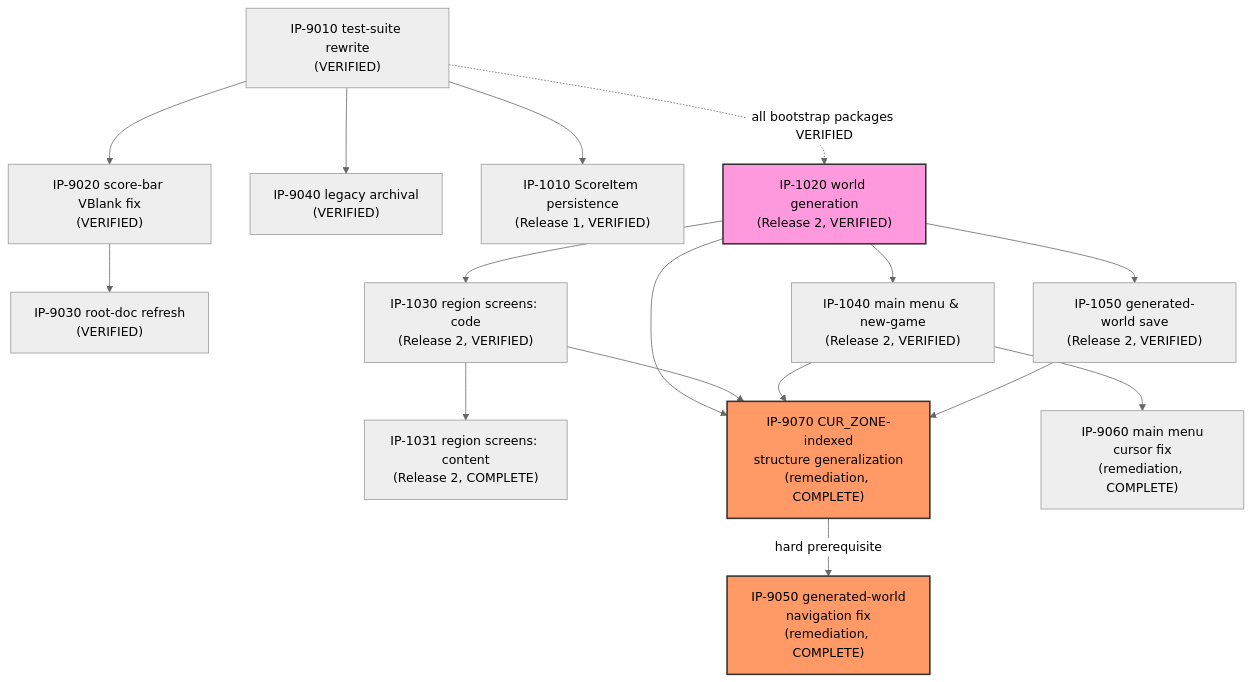
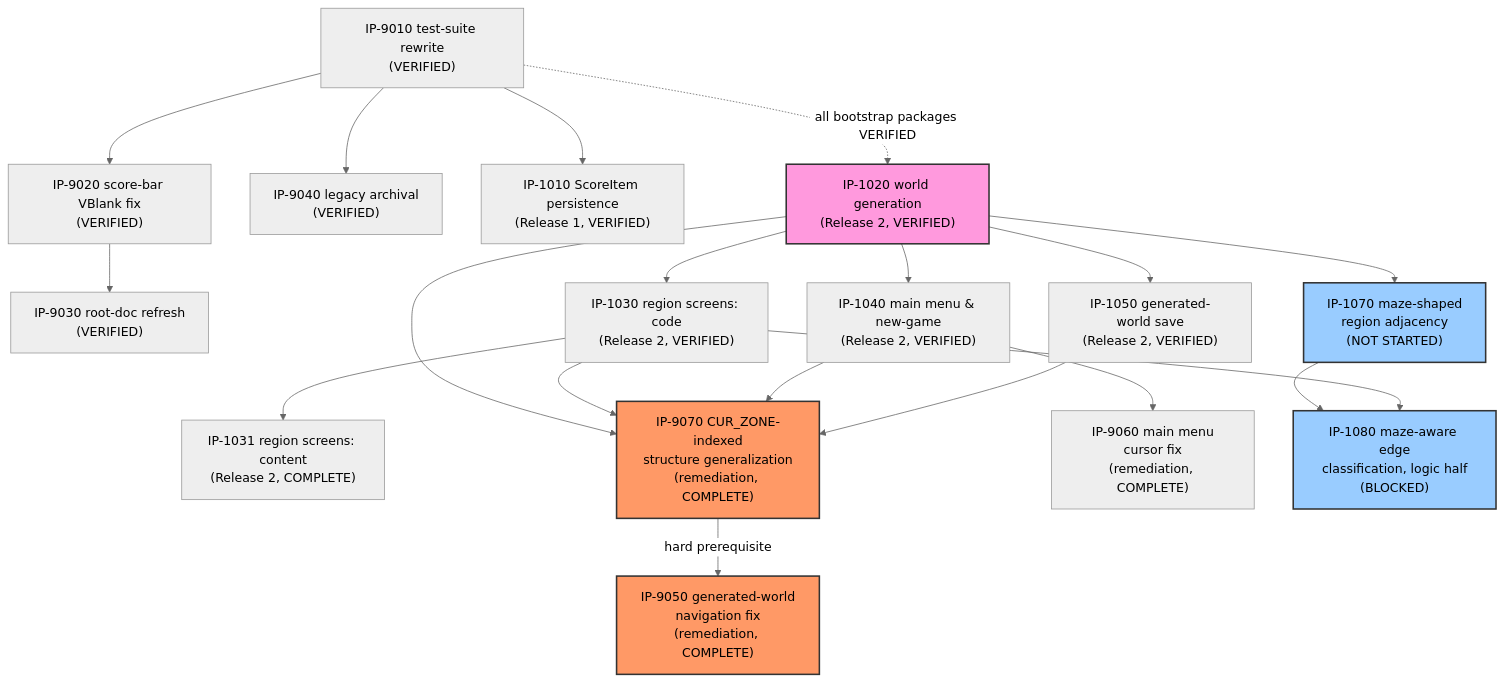
The diagram in docs/implementation/00-master-build-plan.md (Zabin/RsGame), drawn with Mermaid (neutral theme) before and after one commit. The commit also changed other lines of this file and 8 other files, not shown here.

First line of the commit message:
docs(implementation): IP-1070/IP-1080 -- maze-shaped region adjacency plan

````diff
--- a/docs/implementation/00-master-build-plan.md
+++ b/docs/implementation/00-master-build-plan.md
@@ -66,38 +89,47 @@
 ```mermaid
 graph TD
     IP9010["IP-9010 test-suite rewrite<br/>(VERIFIED)"]
     IP9020["IP-9020 score-bar VBlank fix<br/>(VERIFIED)"]
     IP9030["IP-9030 root-doc refresh<br/>(VERIFIED)"]
     IP9040["IP-9040 legacy archival<br/>(VERIFIED)"]
     IP1010["IP-1010 ScoreItem persistence<br/>(Release 1, VERIFIED)"]
     IP9010 --> IP9020
     IP9010 --> IP9040
     IP9010 --> IP1010
     IP9020 --> IP9030
 
     IP1020["IP-1020 world generation<br/>(Release 2, VERIFIED)"]
     IP1030["IP-1030 region screens: code<br/>(Release 2, VERIFIED)"]
     IP1031["IP-1031 region screens: content<br/>(Release 2, COMPLETE)"]
     IP1040["IP-1040 main menu & new-game<br/>(Release 2, VERIFIED)"]
     IP1050["IP-1050 generated-world save<br/>(Release 2, VERIFIED)"]
     IP9010 -.all bootstrap packages VERIFIED.-> IP1020
     IP1020 --> IP1030
     IP1030 --> IP1031
     IP1020 --> IP1040
     IP1020 --> IP1050
 
     style IP1020 fill:#f9d,stroke:#333,stroke-width:2px
 
     IP9070["IP-9070 CUR_ZONE-indexed<br/>structure generalization<br/>(remediation, COMPLETE)"]
     IP9050["IP-9050 generated-world<br/>navigation fix<br/>(remediation, COMPLETE)"]
     IP9060["IP-9060 main menu<br/>cursor fix<br/>(remediation, COMPLETE)"]
     IP1020 --> IP9070
     IP1030 --> IP9070
     IP1040 --> IP9070
     IP1050 --> IP9070
     IP9070 -->|hard prerequisite| IP9050
     IP1040 --> IP9060
 
     style IP9070 fill:#f96,stroke:#333,stroke-width:2px
     style IP9050 fill:#f96,stroke:#333,stroke-width:2px
+
+    IP1070["IP-1070 maze-shaped<br/>region adjacency<br/>(NOT STARTED)"]
+    IP1080["IP-1080 maze-aware edge<br/>classification, logic half<br/>(BLOCKED)"]
+    IP1020 --> IP1070
+    IP1070 --> IP1080
+    IP1030 --> IP1080
+
+    style IP1070 fill:#9cf,stroke:#333,stroke-width:2px
+    style IP1080 fill:#9cf,stroke:#333,stroke-width:2px
 ```
````
